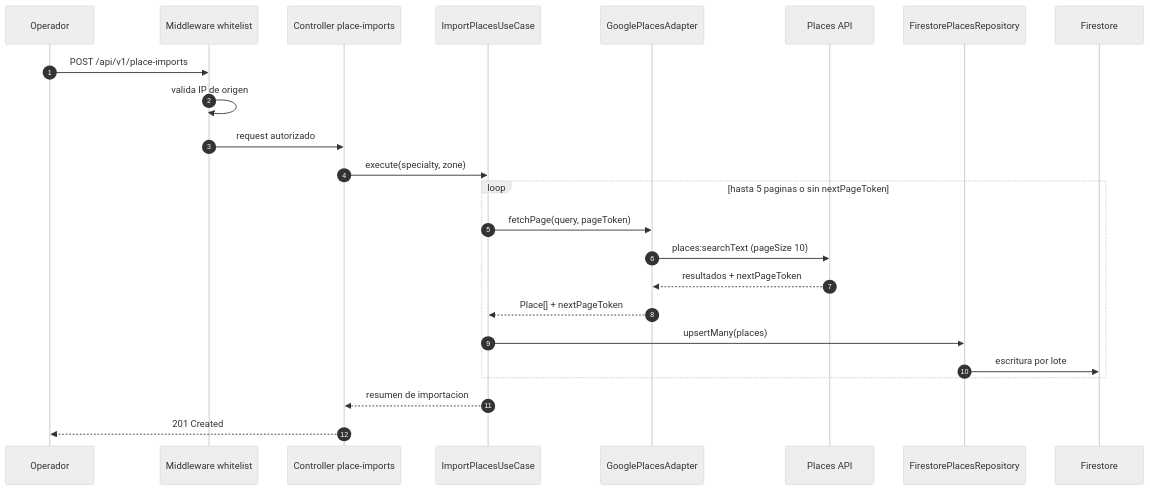
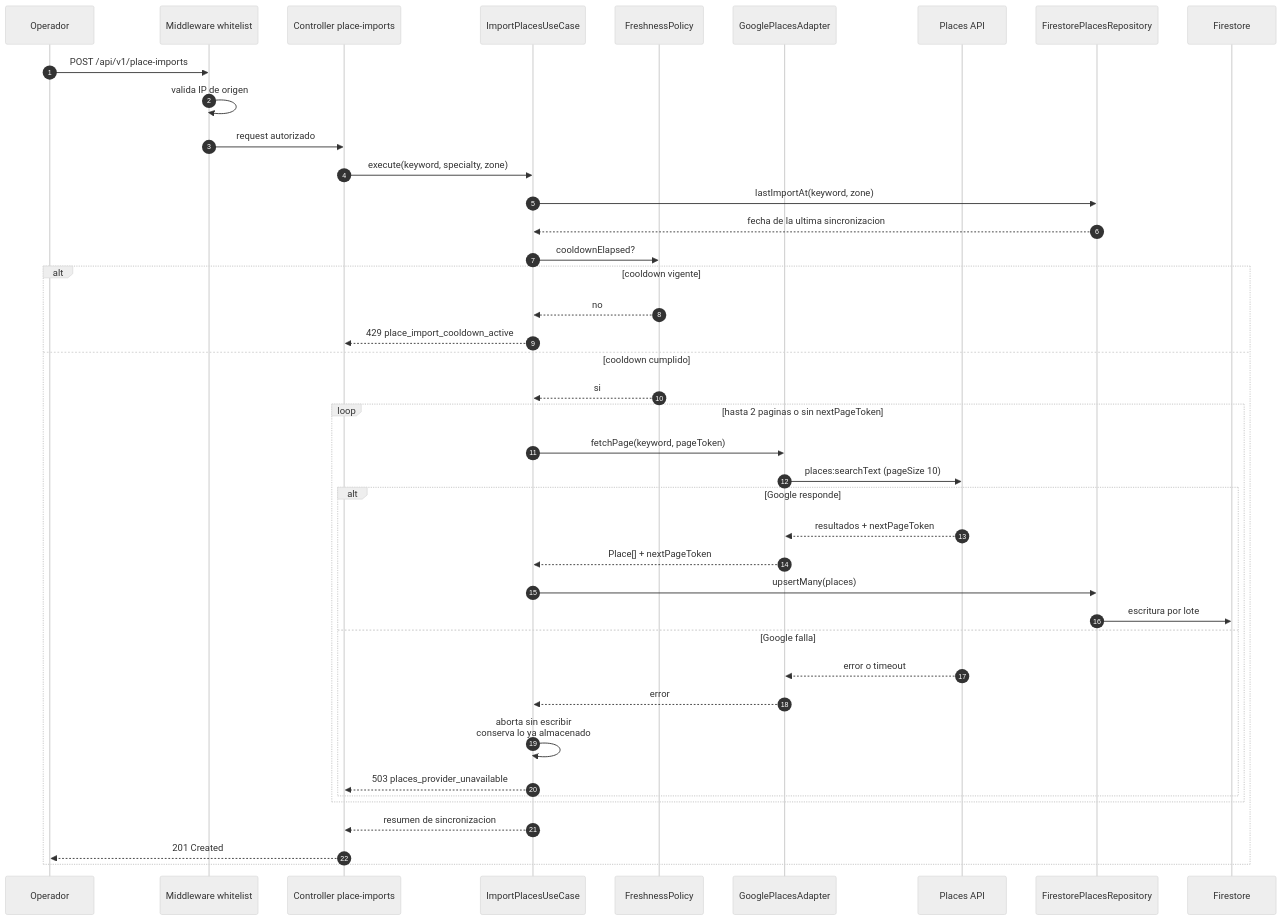
Before and after one commit to JosueSay/medical-specialists-directory: the fifth of 8 diagrams in docs/design.md, drawn with Mermaid (neutral theme). The commit also changed other lines of this file and 4 other files, not shown here.

````diff
--- a/docs/design.md
+++ b/docs/design.md
@@ -197,27 +258,44 @@
 ```mermaid
 sequenceDiagram
     autonumber
     participant OP as Operador
     participant MW as Middleware whitelist
     participant CT as Controller place-imports
     participant UC as ImportPlacesUseCase
+    participant FP as FreshnessPolicy
     participant AD as GooglePlacesAdapter
     participant GP as Places API
     participant RP as FirestorePlacesRepository
     participant FS as Firestore
 
     OP->>MW: POST /api/v1/place-imports
     MW->>MW: valida IP de origen
     MW->>CT: request autorizado
-    CT->>UC: execute(specialty, zone)
-    loop hasta 5 paginas o sin nextPageToken
-        UC->>AD: fetchPage(query, pageToken)
-        AD->>GP: places:searchText (pageSize 10)
-        GP-->>AD: resultados + nextPageToken
-        AD-->>UC: Place[] + nextPageToken
-        UC->>RP: upsertMany(places)
-        RP->>FS: escritura por lote
+    CT->>UC: execute(keyword, specialty, zone)
+    UC->>RP: lastImportAt(keyword, zone)
+    RP-->>UC: fecha de la ultima sincronizacion
+    UC->>FP: cooldownElapsed?
+    alt cooldown vigente
+        FP-->>UC: no
+        UC-->>CT: 429 place_import_cooldown_active
+    else cooldown cumplido
+        FP-->>UC: si
+        loop hasta 2 paginas o sin nextPageToken
+            UC->>AD: fetchPage(keyword, pageToken)
+            AD->>GP: places:searchText (pageSize 10)
+            alt Google responde
+                GP-->>AD: resultados + nextPageToken
+                AD-->>UC: Place[] + nextPageToken
+                UC->>RP: upsertMany(places)
+                RP->>FS: escritura por lote
+            else Google falla
+                GP-->>AD: error o timeout
+                AD-->>UC: error
+                UC->>UC: aborta sin escribir<br/>conserva lo ya almacenado
+                UC-->>CT: 503 places_provider_unavailable
+            end
+        end
+        UC-->>CT: resumen de sincronizacion
+        CT-->>OP: 201 Created
     end
-    UC-->>CT: resumen de importacion
-    CT-->>OP: 201 Created
 ```
````
